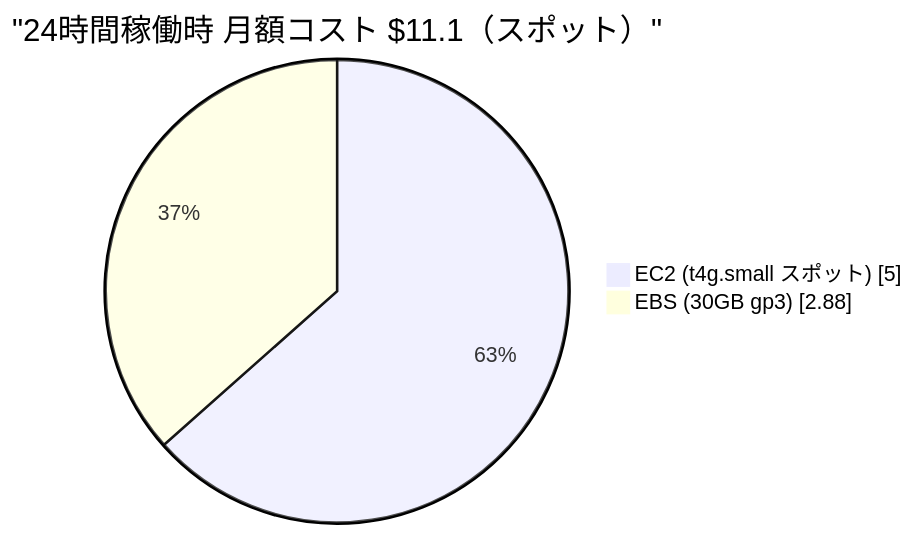
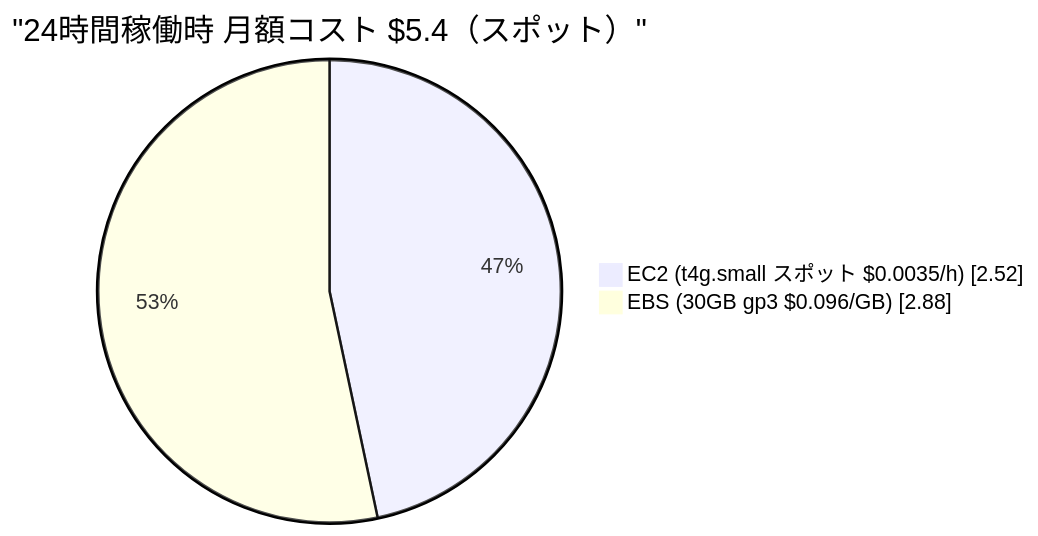
One commit to sideroad/claude-ar-dev-env changed diagram 11 of 16 in 00-architecture-diagrams.md. Above: the diagram before and after it, drawn with Mermaid. The commit also changed other lines of this file and 3 other files, not shown here.

````diff
--- a/00-architecture-diagrams.md
+++ b/00-architecture-diagrams.md
@@ -212,6 +384,6 @@
 ```mermaid
 pie showData
-    title "24時間稼働時 月額コスト $11.1（スポット）"
-    "EC2 (t4g.small スポット)" : 5.0
-    "EBS (30GB gp3)" : 2.88
+    title "24時間稼働時 月額コスト $5.4（スポット）"
+    "EC2 (t4g.small スポット $0.0035/h)" : 2.52
+    "EBS (30GB gp3 $0.096/GB)" : 2.88
 ```
````
